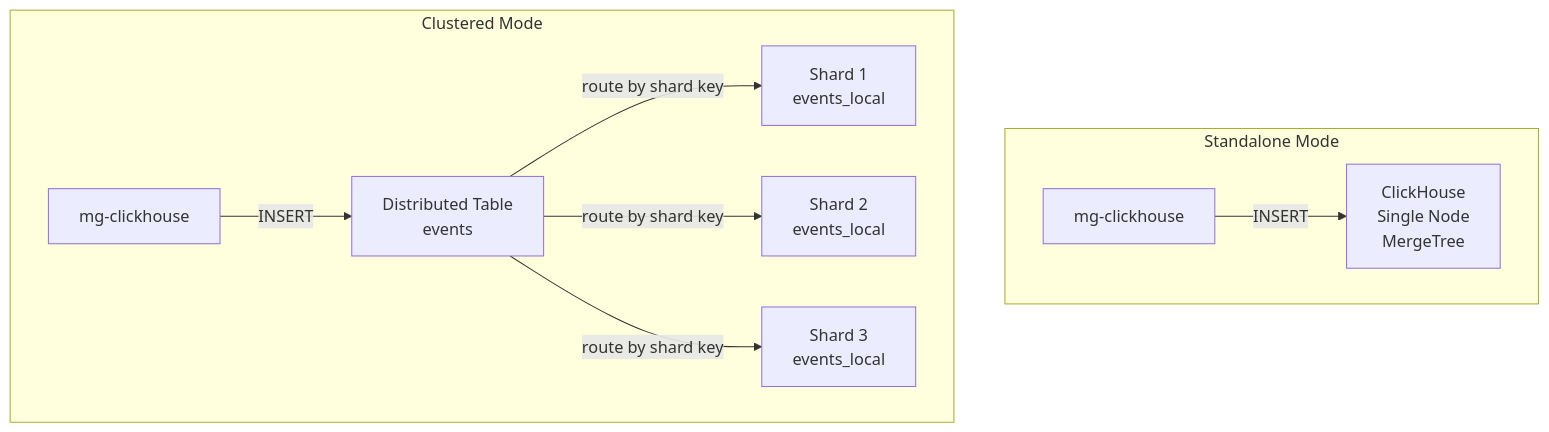
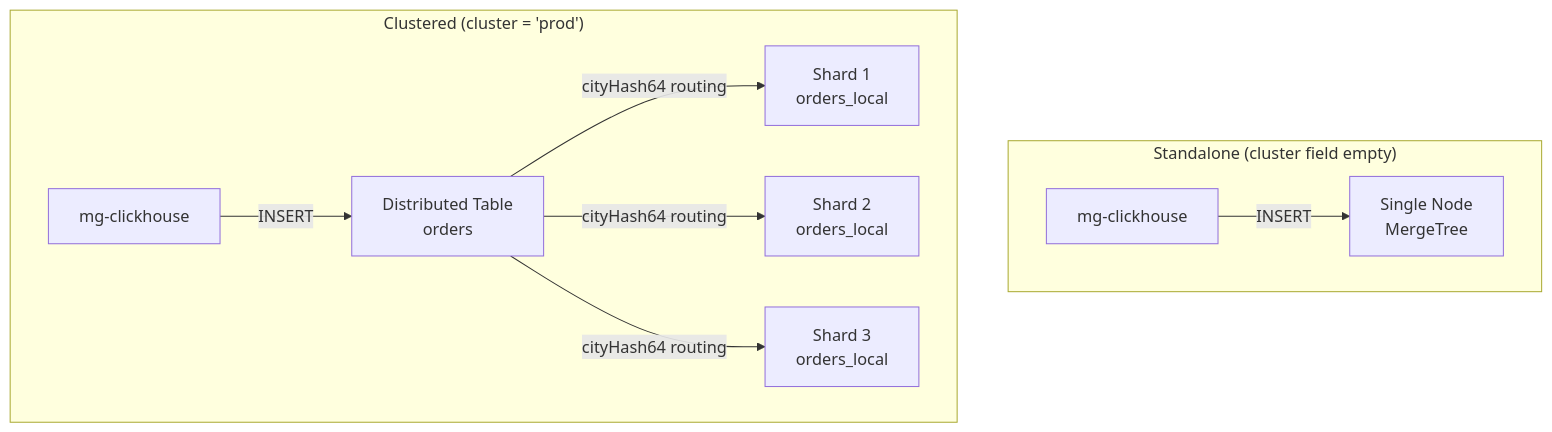
Before and after one commit to mrityunjaysharma/mongo-flux: the sixth of 14 diagrams in docs/design.md, drawn with Mermaid. The commit also changed other lines of this file and 1 other file, not shown here.

````diff
--- a/docs/design.md
+++ b/docs/design.md
@@ -177,13 +216,14 @@
 ```mermaid
 graph TB
-    subgraph Standalone Mode
-        S_MG[mg-clickhouse] -->|INSERT| S_CH[ClickHouse<br/>Single Node<br/>MergeTree]
+    subgraph "Standalone (cluster field empty)"
+        direction LR
+        S_MG[mg-clickhouse] -->|INSERT| S_CH[Single Node<br/>MergeTree]
     end
 
-    subgraph Clustered Mode
-        C_MG[mg-clickhouse] -->|INSERT| DIST[Distributed Table<br/>events]
-        DIST -->|route by shard key| SHARD1[Shard 1<br/>events_local]
-        DIST -->|route by shard key| SHARD2[Shard 2<br/>events_local]
-        DIST -->|route by shard key| SHARD3[Shard 3<br/>events_local]
+    subgraph "Clustered (cluster = 'prod')"
+        C_MG[mg-clickhouse] -->|INSERT| DIST[Distributed Table<br/>orders]
+        DIST -->|cityHash64 routing| SHARD1[Shard 1<br/>orders_local]
+        DIST -->|cityHash64 routing| SHARD2[Shard 2<br/>orders_local]
+        DIST -->|cityHash64 routing| SHARD3[Shard 3<br/>orders_local]
     end
 ```
````
